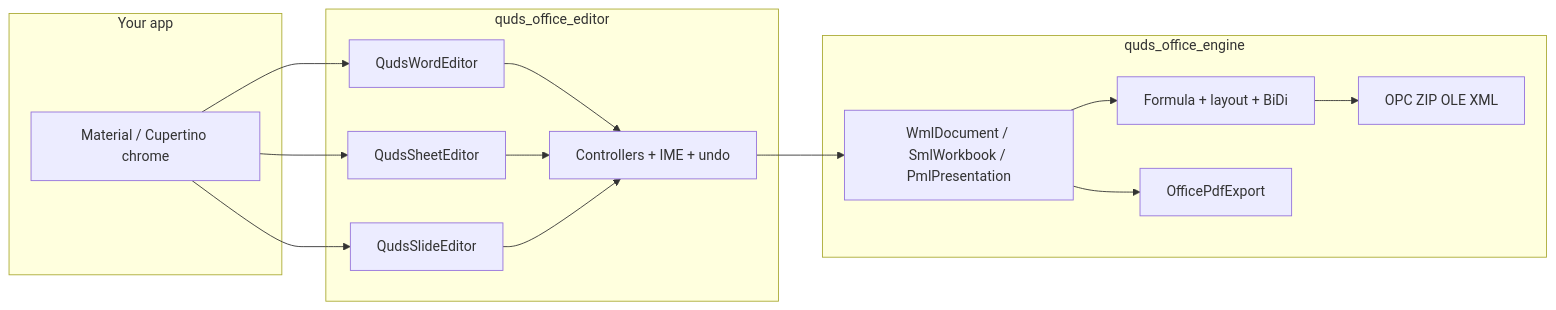
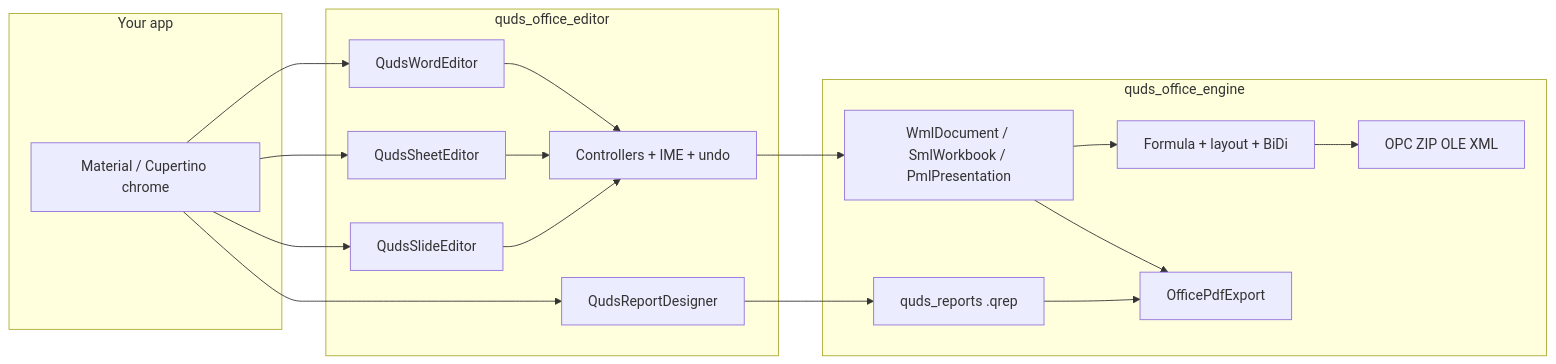
The diagram in README.md (MohammedAsaadAsaad/quds_office_suite), drawn with Mermaid before and after one commit. The commit also changed other lines of this file and 210 other files, not shown here.

First line of the commit message:
Release engine 0.6.0 and editor 0.6.0: band reports, designer, Report Studio

````diff
--- a/README.md
+++ b/README.md
@@ -200,22 +264,25 @@
 ```mermaid
 flowchart LR
   subgraph Host["Your app"]
     UI[Material / Cupertino chrome]
   end
   subgraph Editor["quds_office_editor"]
     W[QudsWordEditor]
     X[QudsSheetEditor]
     P[QudsSlideEditor]
+    D[QudsReportDesigner]
     C[Controllers + IME + undo]
   end
   subgraph Engine["quds_office_engine"]
     M[WmlDocument / SmlWorkbook / PmlPresentation]
     F[Formula + layout + BiDi]
     IO[OPC ZIP OLE XML]
     PDF[OfficePdfExport]
+    R[quds_reports .qrep]
   end
-  UI --> W & X & P
+  UI --> W & X & P & D
   W & X & P --> C --> M
   M --> F --> IO
   M --> PDF
+  D --> R --> PDF
 ```
````
